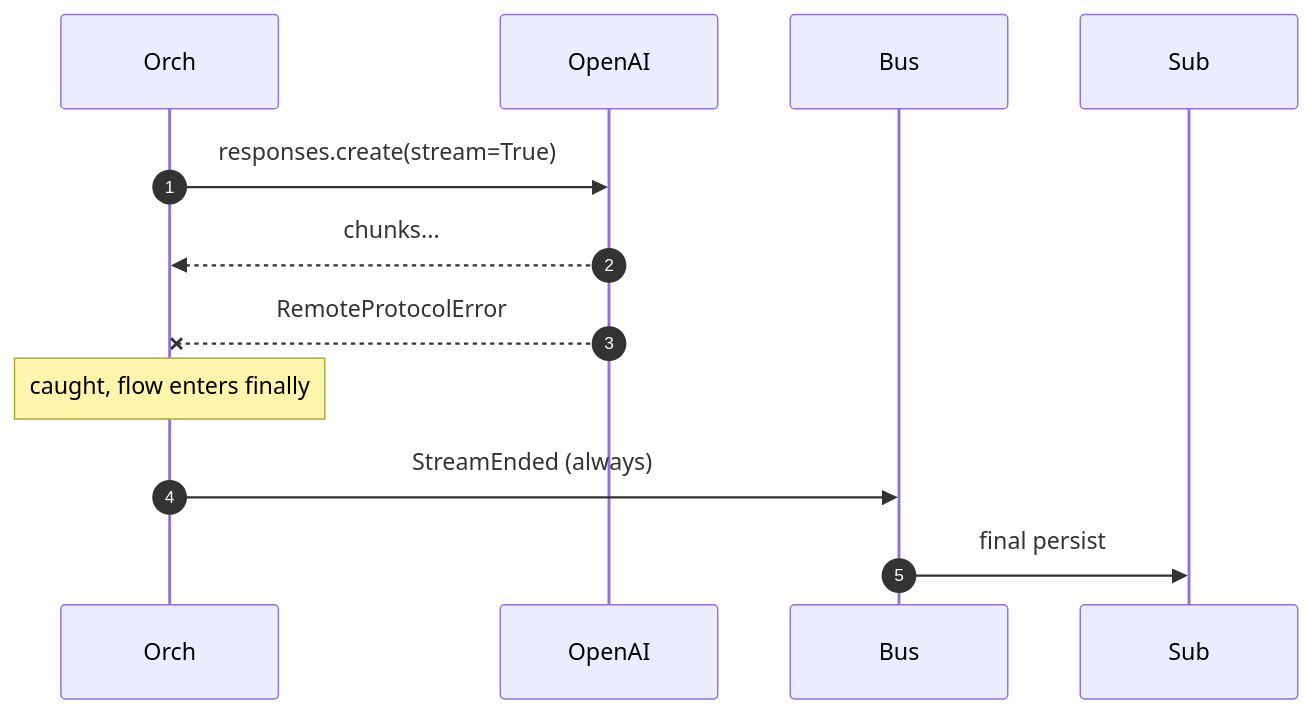
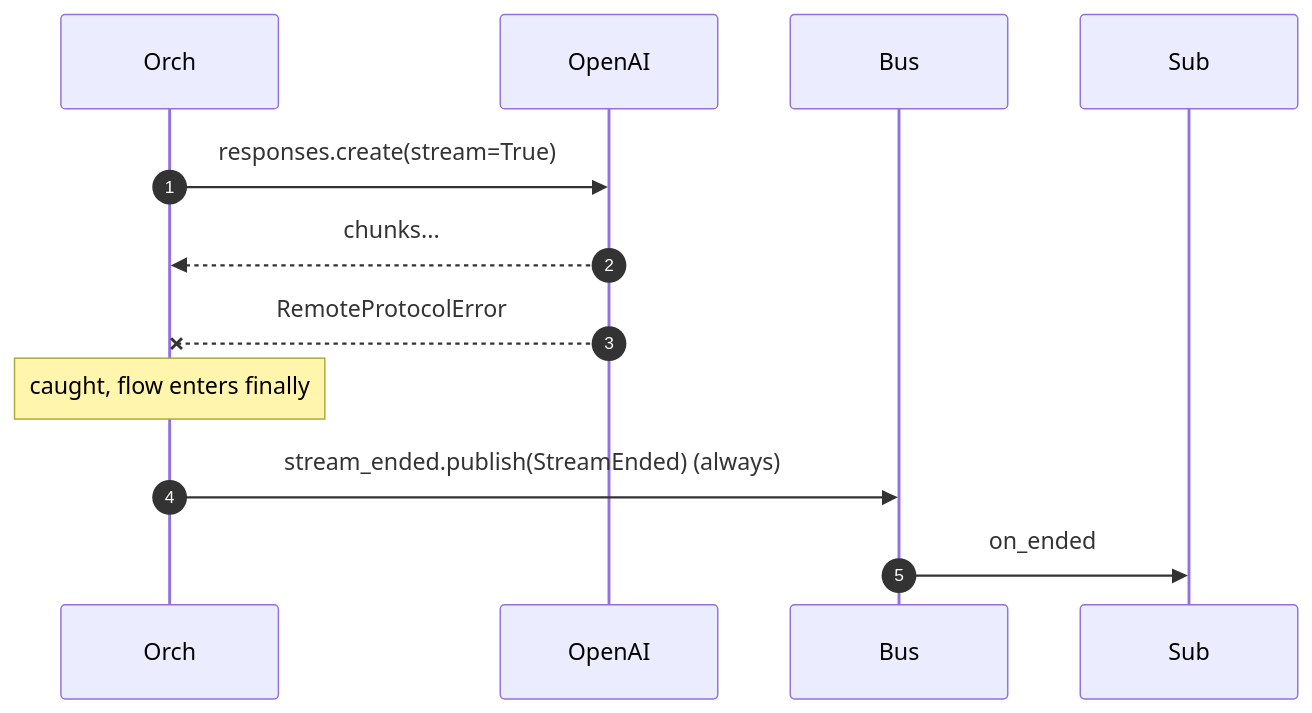
Before and after one commit to Unique-AG/ai: diagram 12 of 17 in unique_toolkit/docs/streaming_architecture_visual.md, drawn with Mermaid. The commit also changed other lines of this file and 19 other files, not shown here.

````diff
--- a/unique_toolkit/docs/streaming_architecture_visual.md
+++ b/unique_toolkit/docs/streaming_architecture_visual.md
@@ -388,15 +409,15 @@
 ```mermaid
 sequenceDiagram
     autonumber
     participant Orch
     participant OpenAI
     participant Bus
     participant Sub
 
     Orch->>OpenAI: responses.create(stream=True)
     OpenAI-->>Orch: chunks...
     OpenAI--xOrch: RemoteProtocolError
     Note over Orch: caught, flow enters finally
-    Orch->>Bus: StreamEnded (always)
-    Bus->>Sub: final persist
+    Orch->>Bus: stream_ended.publish(StreamEnded) (always)
+    Bus->>Sub: on_ended
 ```
````
